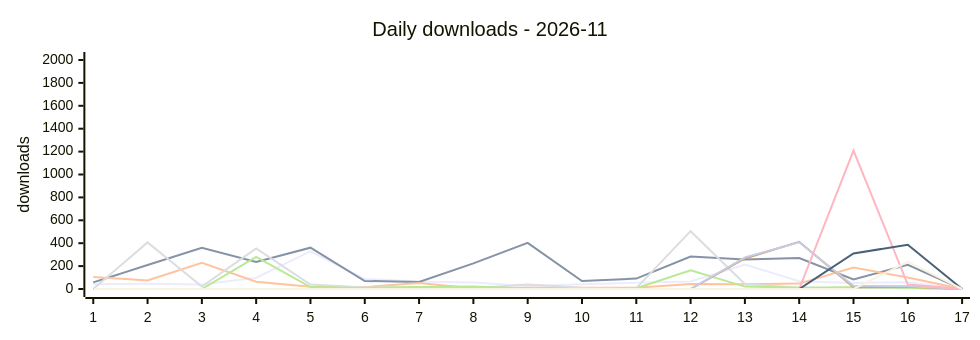
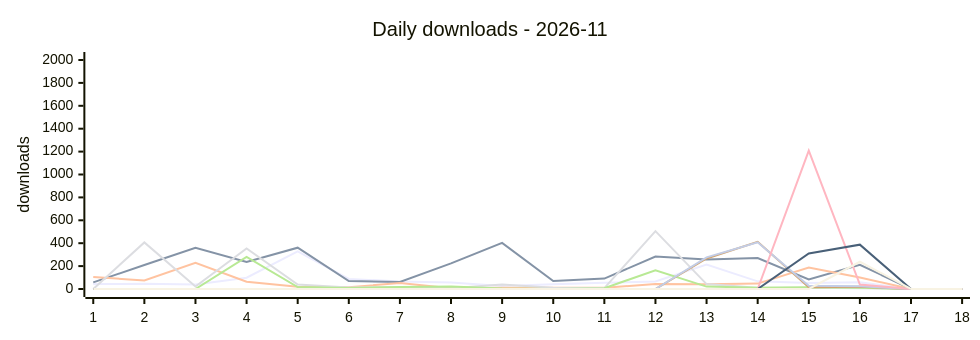
The first of 2 diagrams in DASHBOARD.md (terry2010/npm-downloads-tracker), drawn with Mermaid before and after one commit. The commit also changed other lines of this file and 1 other file, not shown here.

````diff
--- a/DASHBOARD.md
+++ b/DASHBOARD.md
@@ -38,17 +38,17 @@
 ```mermaid
 %%{init: {'xyChart': {'width': 960, 'height': 320}}}%%
 xychart-beta
     title "Daily downloads - 2026-11"
-    x-axis ["1", "2", "3", "4", "5", "6", "7", "8", "9", "10", "11", "12", "13", "14", "15", "16", "17"]
+    x-axis ["1", "2", "3", "4", "5", "6", "7", "8", "9", "10", "11", "12", "13", "14", "15", "16", "17", "18"]
     y-axis "downloads" 0 --> 2000
-    line "dsh-loop-recover" [43, 46, 39, 99, 329, 88, 66, 56, 27, 42, 54, 66, 214, 67, 53, 59, 0]
-    line "dsh-rss-news-daily" [58, 209, 359, 237, 361, 70, 61, 224, 403, 70, 91, 283, 258, 271, 84, 212, 0]
-    line "opencode-loop-recover" [105, 74, 228, 63, 19, 16, 52, 6, 10, 11, 10, 43, 41, 47, 187, 100, 0]
-    line "oc-market-quail-zephyr-72a0" [0, 407, 22, 354, 39, 14, 15, 7, 40, 10, 8, 505, 43, 12, 11, 6, 0]
-    line "awesome-opencode-market" [0, 0, 0, 280, 17, 9, 17, 22, 4, 1, 7, 164, 21, 10, 15, 10, 0]
-    line "surfbird" [0, 0, 0, 0, 0, 0, 0, 0, 0, 0, 0, 0, 267, 412, 16, 19, 0]
-    line "surfbird-mcp" [0, 0, 0, 0, 0, 0, 0, 0, 0, 0, 0, 0, 276, 408, 28, 23, 0]
-    line "dsh-control-surfbird-for-kitesurf" [0, 0, 0, 0, 0, 0, 0, 0, 0, 0, 0, 0, 0, 0, 1209, 39, 0]
-    line "opencode-control-surfbird-for-kitesurf" [0, 0, 0, 0, 0, 0, 0, 0, 0, 0, 0, 0, 0, 0, 310, 387, 0]
-    line "pi-control-surfbird-for-kitesurf" [0, 0, 0, 0, 0, 0, 0, 0, 0, 0, 0, 0, 0, 0, 0, 238, 0]
+    line "dsh-loop-recover" [43, 46, 39, 99, 329, 88, 66, 56, 27, 42, 54, 66, 214, 67, 53, 59, 0, 0]
+    line "dsh-rss-news-daily" [58, 209, 359, 237, 361, 70, 61, 224, 403, 70, 91, 283, 258, 271, 84, 212, 0, 0]
+    line "opencode-loop-recover" [105, 74, 228, 63, 19, 16, 52, 6, 10, 11, 10, 43, 41, 47, 187, 100, 0, 0]
+    line "oc-market-quail-zephyr-72a0" [0, 407, 22, 354, 39, 14, 15, 7, 40, 10, 8, 505, 43, 12, 11, 6, 0, 0]
+    line "awesome-opencode-market" [0, 0, 0, 280, 17, 9, 17, 22, 4, 1, 7, 164, 21, 10, 15, 10, 0, 0]
+    line "surfbird" [0, 0, 0, 0, 0, 0, 0, 0, 0, 0, 0, 0, 267, 412, 16, 19, 0, 0]
+    line "surfbird-mcp" [0, 0, 0, 0, 0, 0, 0, 0, 0, 0, 0, 0, 276, 408, 28, 23, 0, 0]
+    line "dsh-control-surfbird-for-kitesurf" [0, 0, 0, 0, 0, 0, 0, 0, 0, 0, 0, 0, 0, 0, 1209, 39, 0, 0]
+    line "opencode-control-surfbird-for-kitesurf" [0, 0, 0, 0, 0, 0, 0, 0, 0, 0, 0, 0, 0, 0, 310, 387, 0, 0]
+    line "pi-control-surfbird-for-kitesurf" [0, 0, 0, 0, 0, 0, 0, 0, 0, 0, 0, 0, 0, 0, 0, 238, 0, 0]
 ```
````
